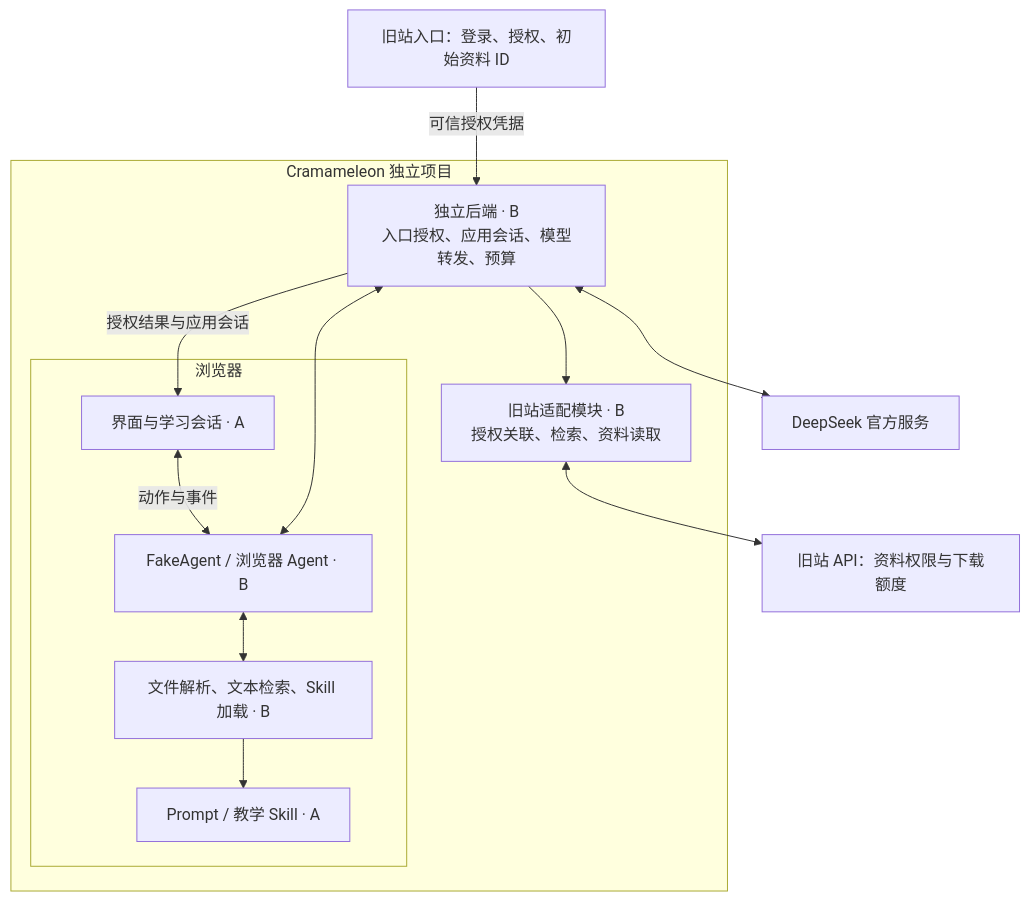
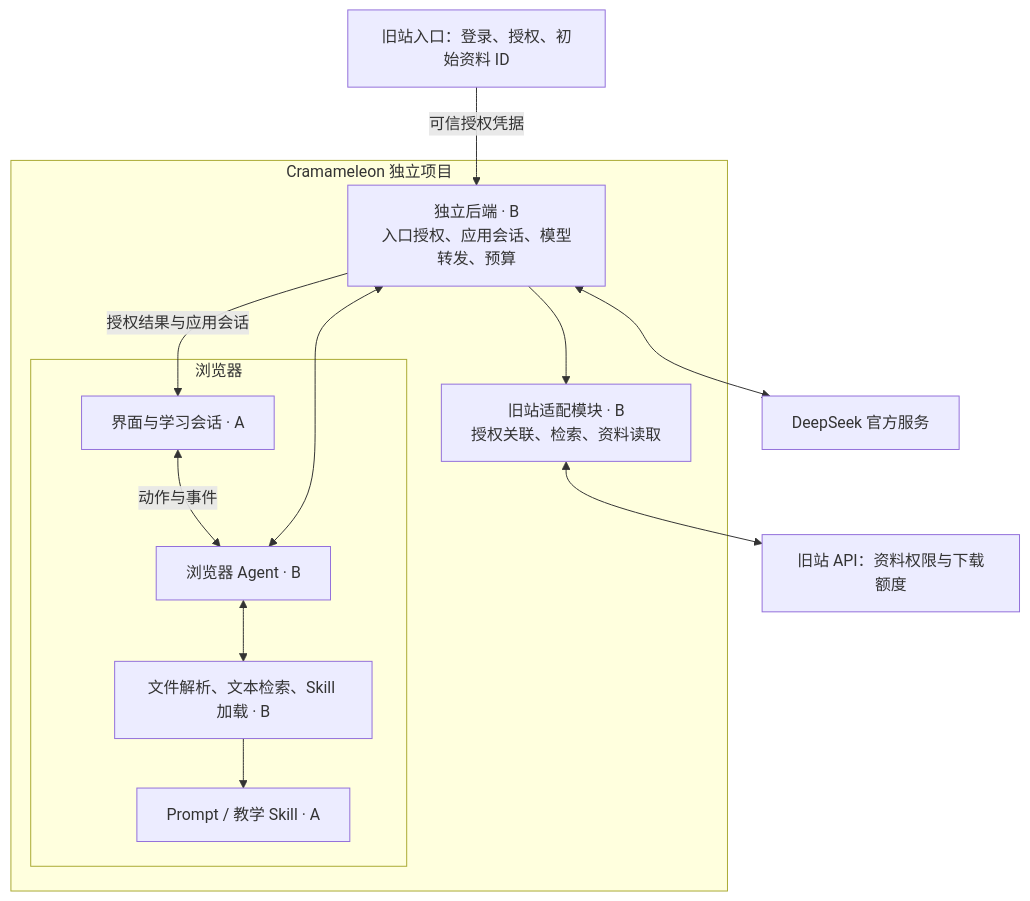
The diagram in 项目架构与模块契约.md (dormitory604/cramameleon), drawn with Mermaid before and after one commit. The commit also changed other lines of this file and 3 other files, not shown here.

First line of the commit message:
chore: remove legacy FakeAgent and refresh teaching-stage docs

````diff
--- a/项目架构与模块契约.md
+++ b/项目架构与模块契约.md
@@ -19,25 +19,25 @@
 ```mermaid
 flowchart TB
     Entry["旧站入口：登录、授权、初始资料 ID"]
 
     subgraph Cram["Cramameleon 独立项目"]
         subgraph Browser["浏览器"]
             UI["界面与学习会话 · A"]
-            Agent["FakeAgent / 浏览器 Agent · B"]
+            Agent["浏览器 Agent · B"]
             Tools["文件解析、文本检索、Skill 加载 · B"]
             Content["Prompt / 教学 Skill · A"]
             UI <-->|动作与事件| Agent
             Agent <--> Tools
             Tools --> Content
         end
         Server["独立后端 · B\n入口授权、应用会话、模型转发、预算"]
         Adapter["旧站适配模块 · B\n授权关联、检索、资料读取"]
         Server --> Adapter
         Agent <--> Server
     end
 
     Entry -->|可信授权凭据| Server
     Server -->|授权结果与应用会话| UI
     Server <--> Model["DeepSeek 官方服务"]
     Adapter <--> OldAPI["旧站 API：资料权限与下载额度"]
 ```
````
